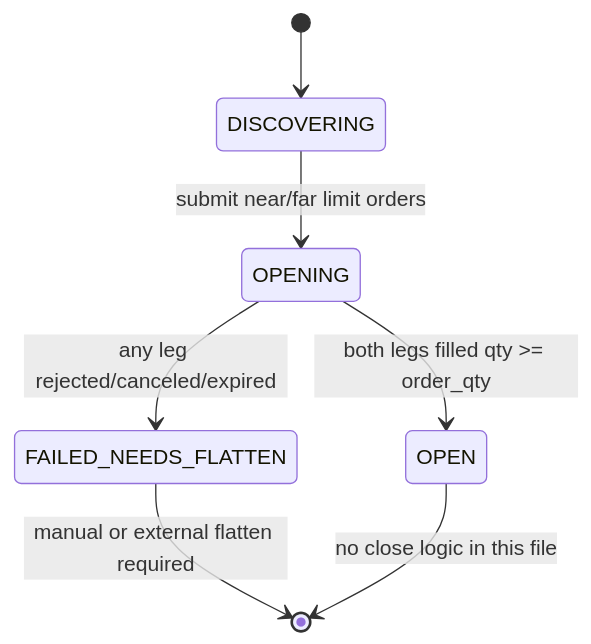
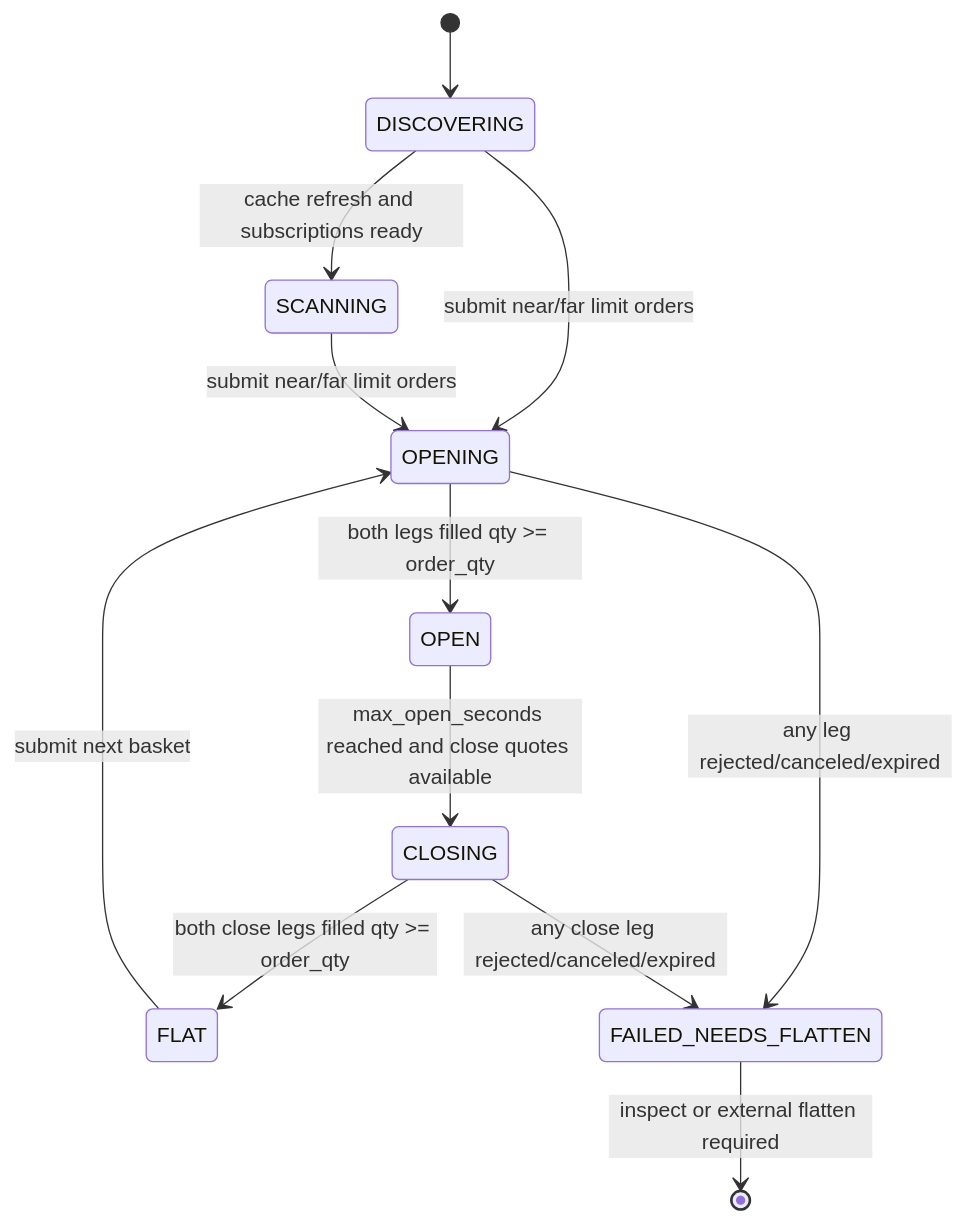
One commit to Jonah-Chan/nautilus_trader changed the first of 2 diagrams in examples/live/okx/okx_option_calendar_spread_dynamic.md. Above: the diagram before and after it, drawn with Mermaid. The commit also changed other lines of this file and 17 other files, not shown here.

````diff
--- a/examples/live/okx/okx_option_calendar_spread_dynamic.md
+++ b/examples/live/okx/okx_option_calendar_spread_dynamic.md
@@ -439,9 +445,14 @@
 ```mermaid
 stateDiagram-v2
     [*] --> DISCOVERING
+    DISCOVERING --> SCANNING: cache refresh and subscriptions ready
     DISCOVERING --> OPENING: submit near/far limit orders
+    SCANNING --> OPENING: submit near/far limit orders
+    FLAT --> OPENING: submit next basket
     OPENING --> OPEN: both legs filled qty >= order_qty
     OPENING --> FAILED_NEEDS_FLATTEN: any leg rejected/canceled/expired
-    FAILED_NEEDS_FLATTEN --> [*]: manual or external flatten required
-    OPEN --> [*]: no close logic in this file
+    OPEN --> CLOSING: max_open_seconds reached and close quotes available
+    CLOSING --> FLAT: both close legs filled qty >= order_qty
+    CLOSING --> FAILED_NEEDS_FLATTEN: any close leg rejected/canceled/expired
+    FAILED_NEEDS_FLATTEN --> [*]: inspect or external flatten required
 ```
````
